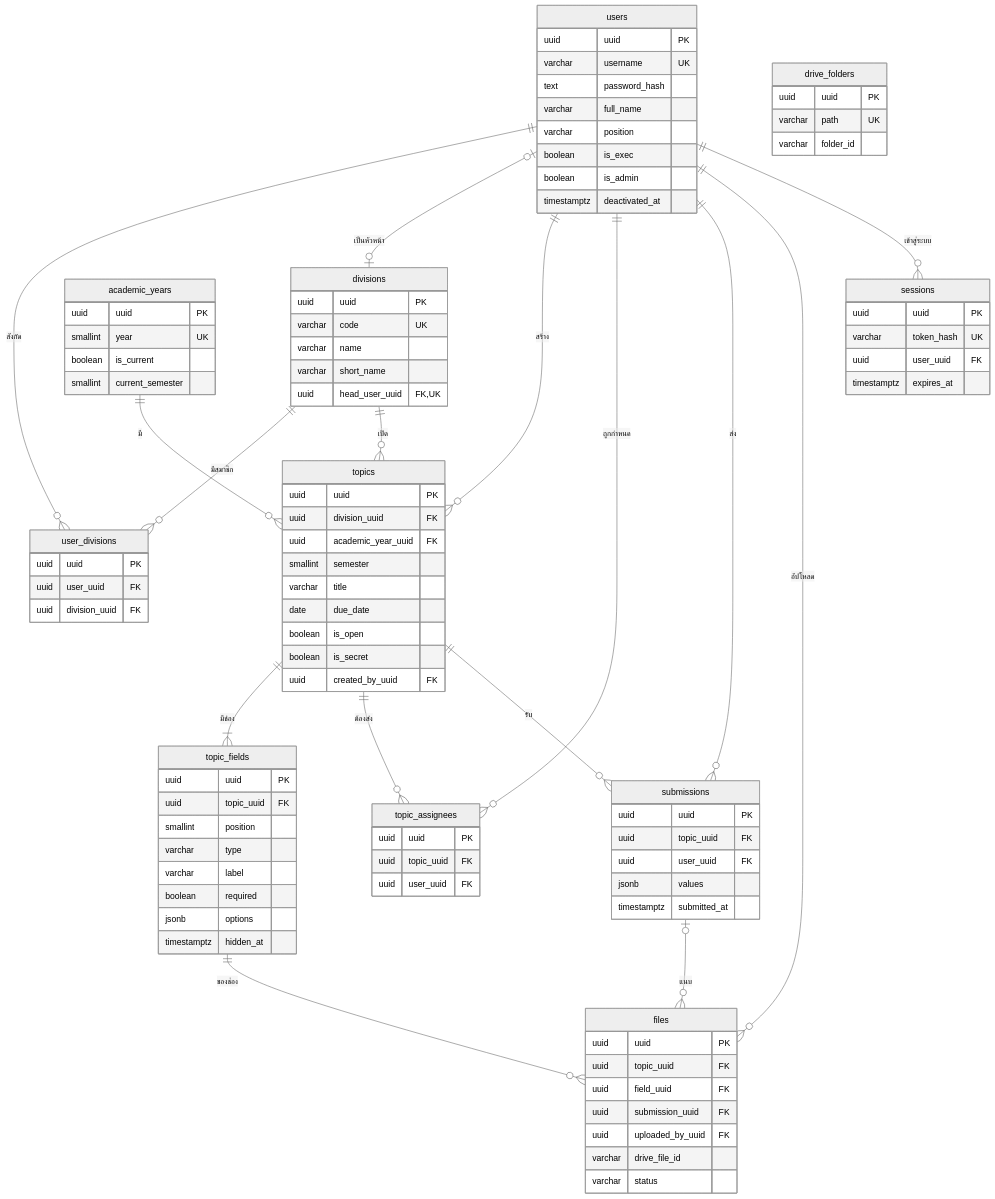
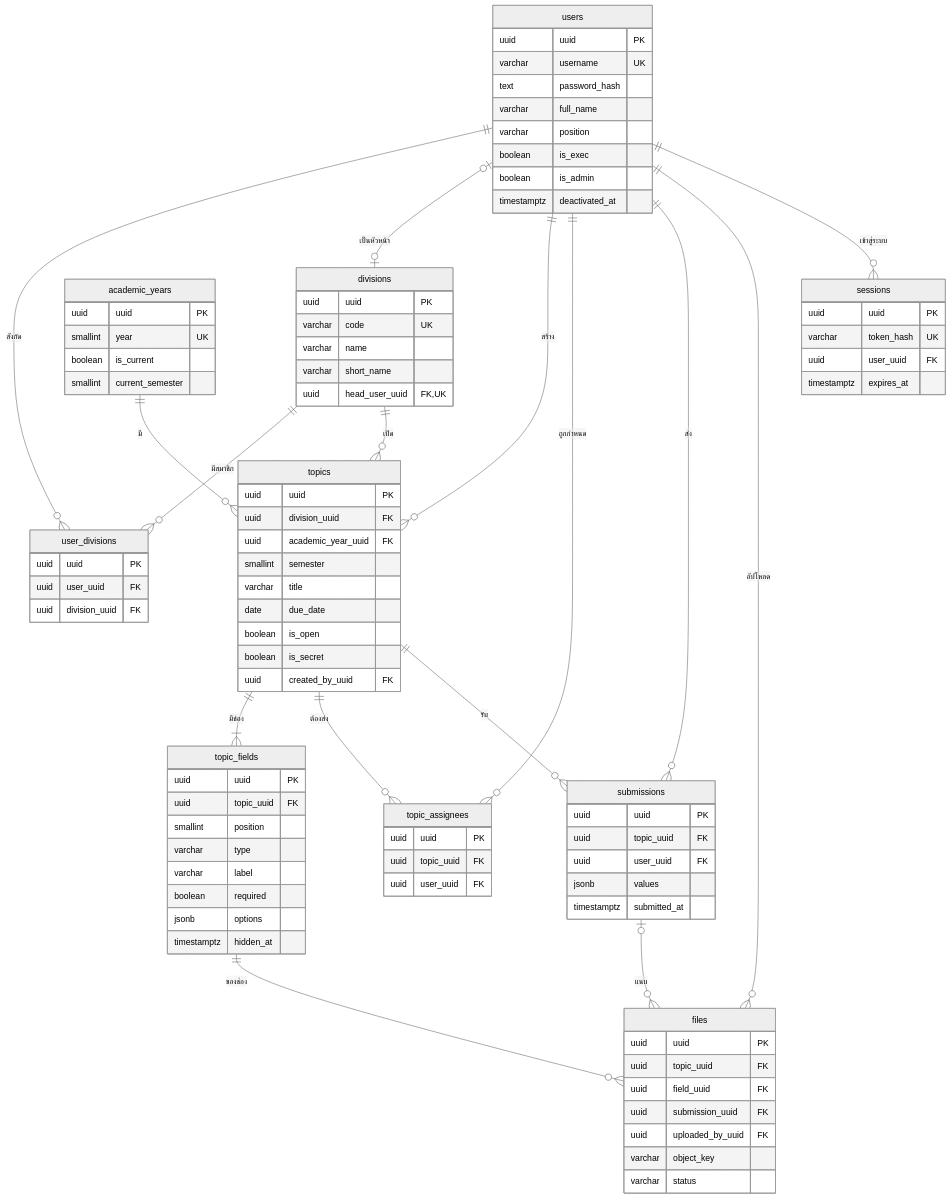
One commit to FhLk/SDMS-Backend changed the diagram in sdms-database.md. Above: the diagram before and after it, drawn with Mermaid (neutral theme). The commit also changed other lines of this file and 26 other files, not shown here.

````diff
--- a/sdms-database.md
+++ b/sdms-database.md
@@ -117,12 +119,7 @@
     uuid field_uuid FK
     uuid submission_uuid FK
     uuid uploaded_by_uuid FK
-    varchar drive_file_id
+    varchar object_key
     varchar status
   }
-  drive_folders {
-    uuid uuid PK
-    varchar path UK
-    varchar folder_id
-  }
 ```
````
